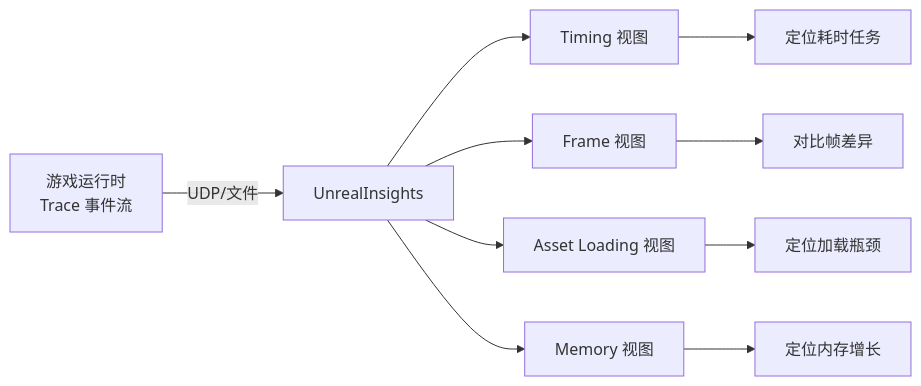
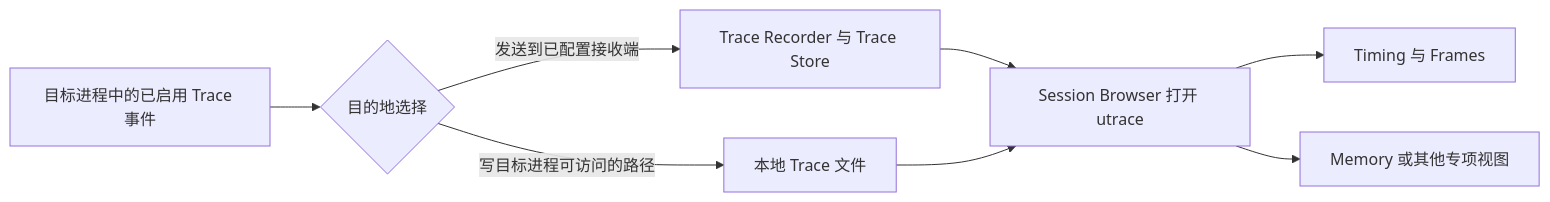
One commit to fantuan812/learning changed the third of 4 diagrams in 知识/08-工程实践与质量/调试与性能分析/03-性能分析工具与Profiling.md. Above: the diagram before and after it, drawn with Mermaid. The commit also changed other lines of this file and 1 other file, not shown here.

````diff
--- a/知识/08-工程实践与质量/调试与性能分析/03-性能分析工具与Profiling.md
+++ b/知识/08-工程实践与质量/调试与性能分析/03-性能分析工具与Profiling.md
@@ -175,12 +180,10 @@
 ```mermaid
 flowchart LR
-    A[游戏运行时<br/>Trace 事件流] -->|UDP/文件| B[UnrealInsights]
-    B --> C[Timing 视图]
-    B --> D[Frame 视图]
-    B --> E[Asset Loading 视图]
-    B --> F[Memory 视图]
-    C --> G[定位耗时任务]
-    D --> H[对比帧差异]
-    E --> I[定位加载瓶颈]
-    F --> J[定位内存增长]
+    A[目标进程中的已启用 Trace 事件] --> B{目的地选择}
+    B -->|发送到已配置接收端| C[Trace Recorder 与 Trace Store]
+    B -->|写目标进程可访问的路径| D[本地 Trace 文件]
+    C --> E[Session Browser 打开 utrace]
+    D --> E
+    E --> F[Timing 与 Frames]
+    E --> G[Memory 或其他专项视图]
 ```
````
